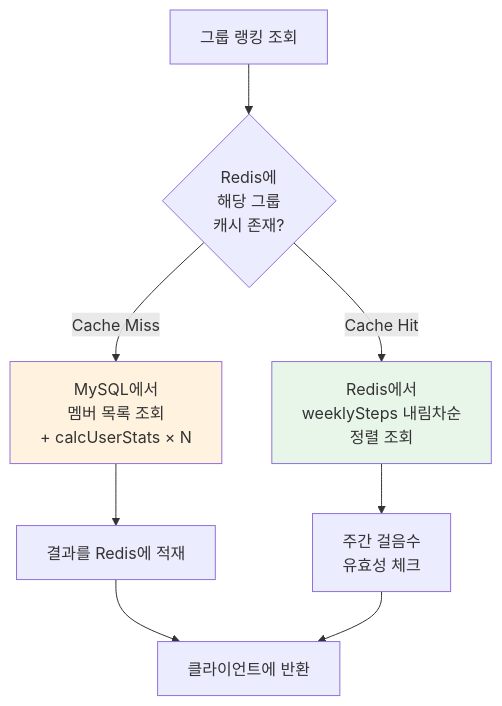
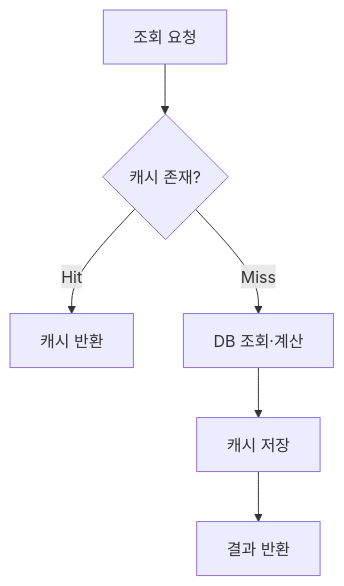
The fifth of 7 diagrams in _posts/2023-03-01-charlie-backend-infrastructure.md (jiwon11/jiwon11.github.io), drawn with Mermaid before and after one commit. The commit also changed other lines of this file and 4 other files, not shown here.

````diff
--- a/_posts/2023-03-01-charlie-backend-infrastructure.md
+++ b/_posts/2023-03-01-charlie-backend-infrastructure.md
@@ -944,12 +193,8 @@
-```mermaid
+~~~mermaid
 flowchart TD
-    A["그룹 랭킹 조회"] --> B{"Redis에<br/>해당 그룹<br/>캐시 존재?"}
-    B -->|"Cache Hit"| C["Redis에서<br/>weeklySteps 내림차순<br/>정렬 조회"]
-    B -->|"Cache Miss"| D["MySQL에서<br/>멤버 목록 조회<br/>+ calcUserStats × N"]
-    D --> E["결과를 Redis에 적재"]
-    E --> F["클라이언트에 반환"]
-    C --> G["주간 걸음수<br/>유효성 체크"]
-    G --> F
-    style C fill:#e8f5e9
-    style D fill:#fff3e0
-```
+    A["조회 요청"] --> B{"캐시 존재?"}
+    B -->|Hit| C["캐시 반환"]
+    B -->|Miss| D["DB 조회·계산"]
+    D --> E["캐시 저장"]
+    E --> F["결과 반환"]
+~~~
````
